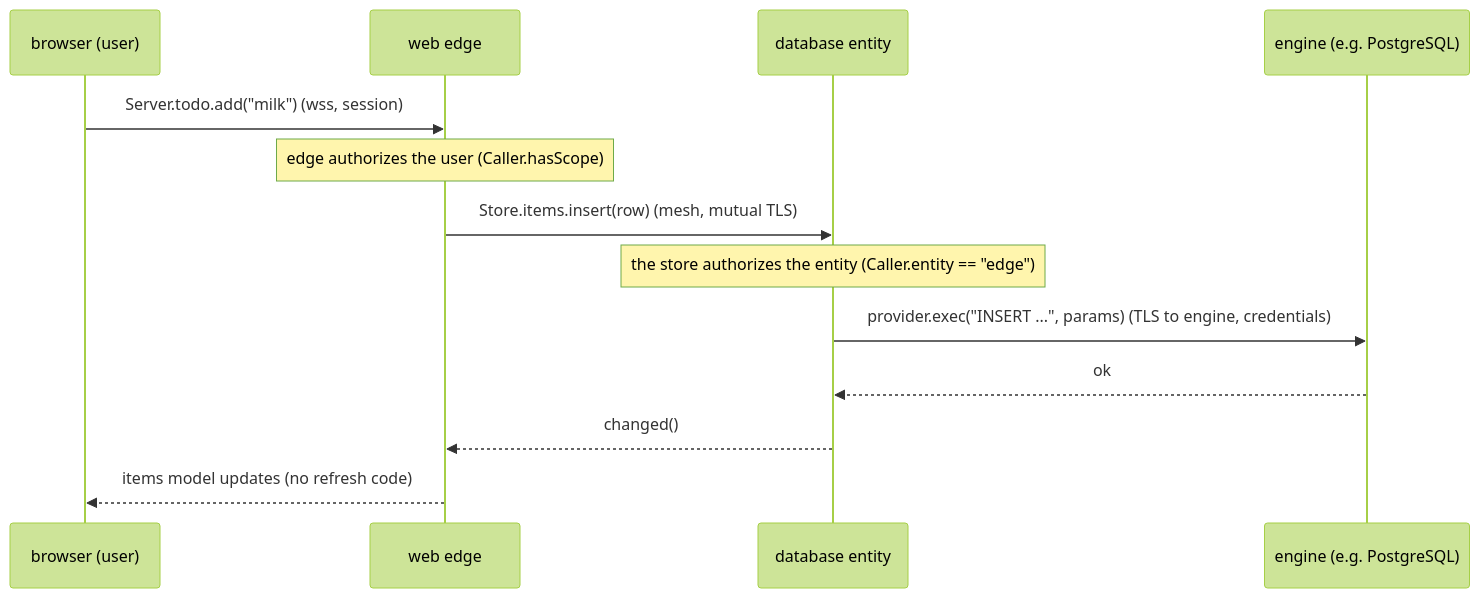
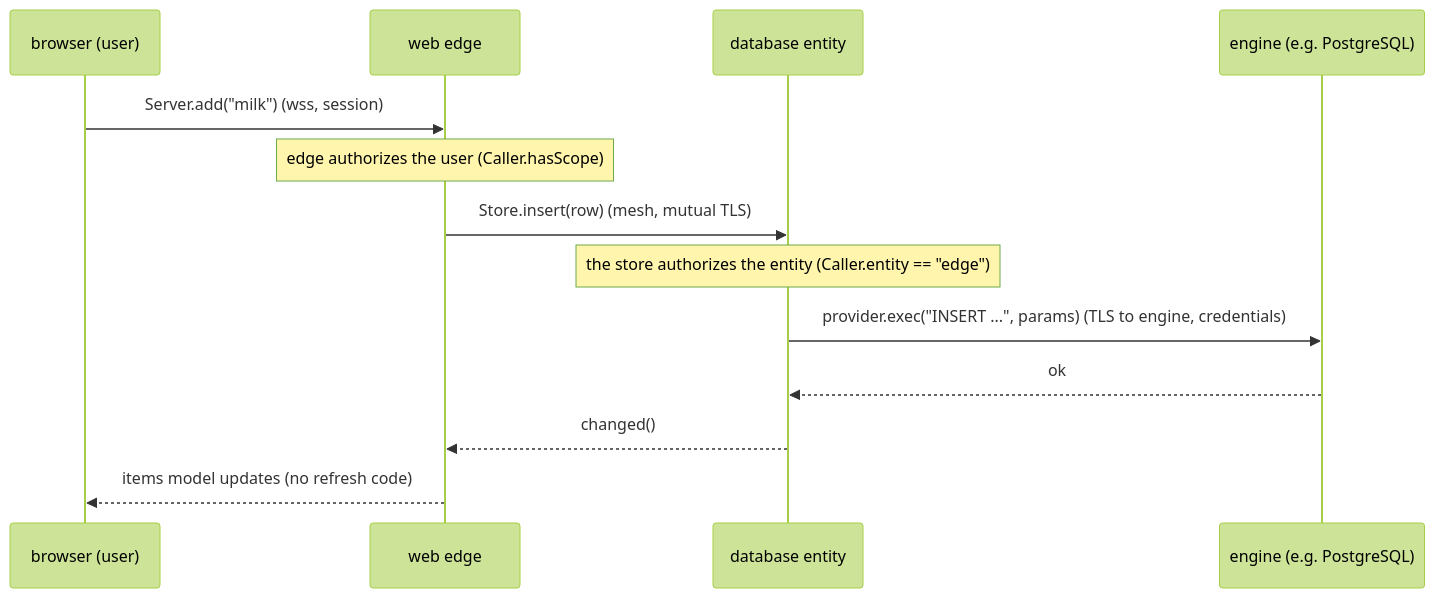
The third of 3 diagrams in docs/providers.md (Kidev/SynQt), drawn with Mermaid (forest theme) before and after one commit. The commit also changed other lines of this file and 115 other files, not shown here.

````diff
--- a/docs/providers.md
+++ b/docs/providers.md
@@ -277,15 +277,15 @@
 ```mermaid
 sequenceDiagram
   participant B as browser (user)
   participant E as web edge
   participant D as database entity
   participant G as engine (e.g. PostgreSQL)
-  B->>E: Server.todo.add("milk")  (wss, session)
+  B->>E: Server.add("milk")  (wss, session)
   Note over E: edge authorizes the user (Caller.hasScope)
-  E->>D: Store.items.insert(row)  (mesh, mutual TLS)
+  E->>D: Store.insert(row)  (mesh, mutual TLS)
   Note over D: the store authorizes the entity (Caller.entity == "edge")
   D->>G: provider.exec("INSERT ...", params)  (TLS to engine, credentials)
   G-->>D: ok
   D-->>E: changed()
   E-->>B: items model updates (no refresh code)
 ```
````
